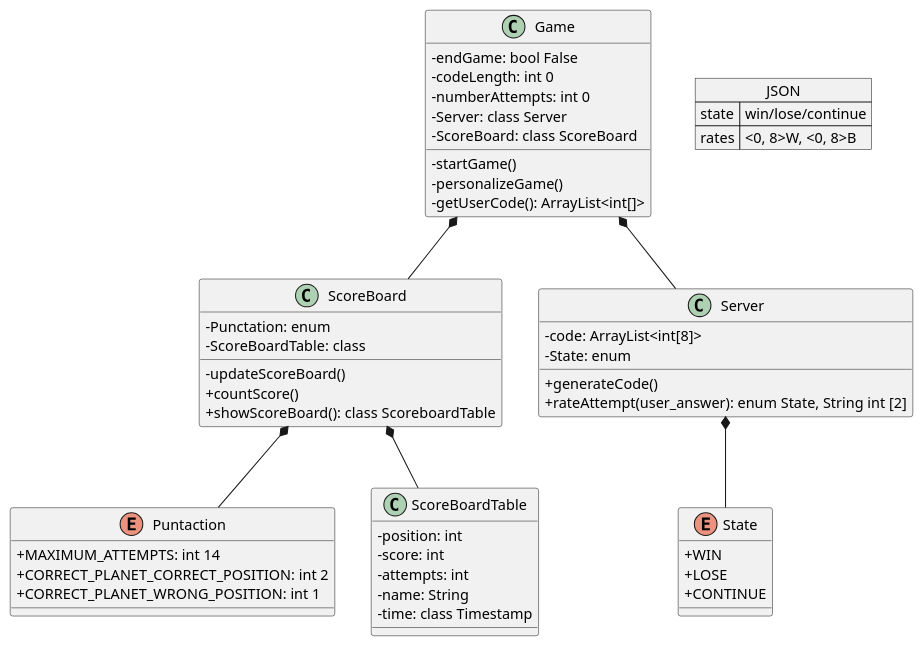
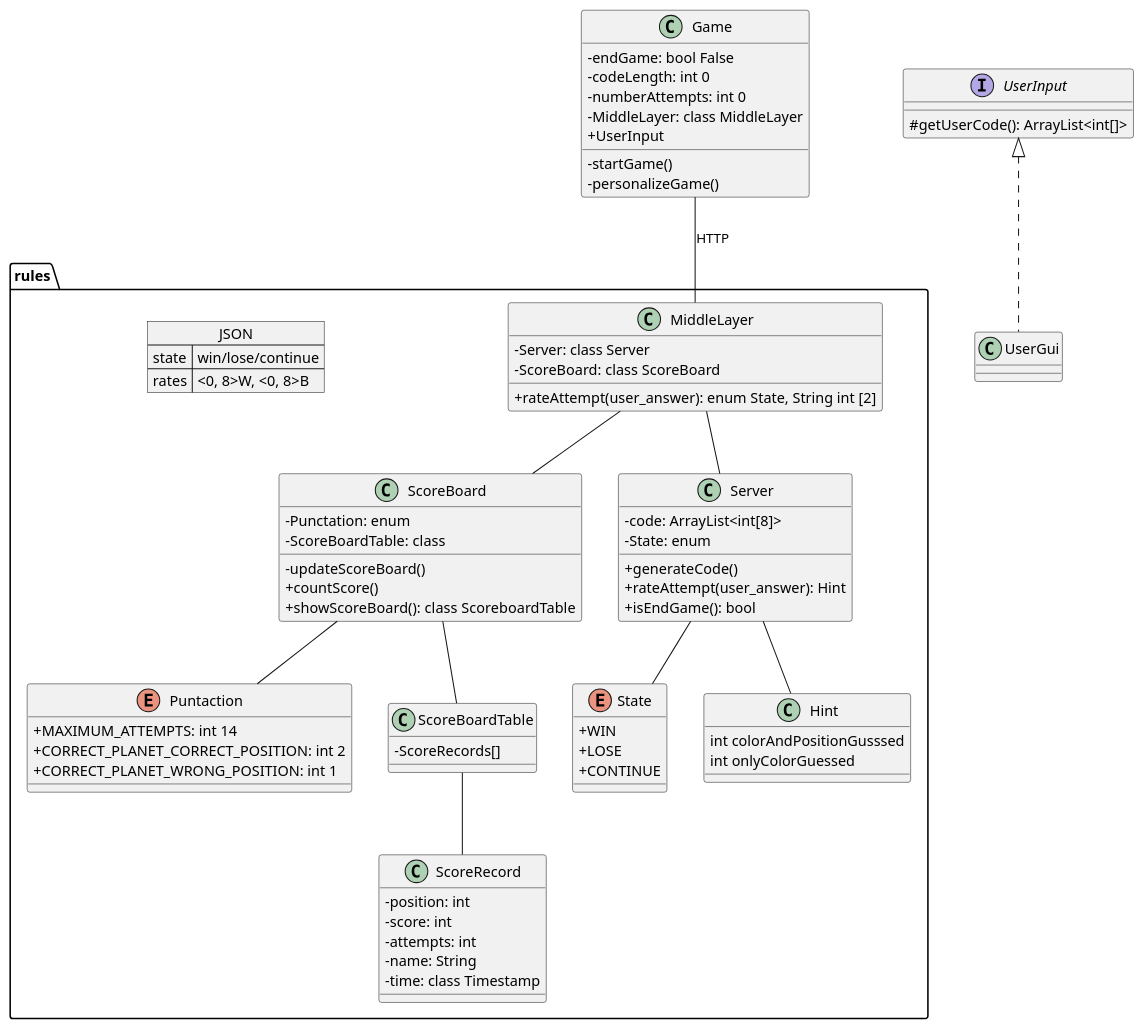
Before and after one commit to Joanna-Szczesna/Mastermind: the diagram in class_diagram.puml, drawn with PlantUML.

Commit message:
update class_diagram PUML file

```diff
--- a/class_diagram.puml
+++ b/class_diagram.puml
@@ -1,61 +1,88 @@
 @startuml
 skinparam classAttributeIconSize 0
-Game *-- ScoreBoard
-Game *-- Server
-ScoreBoard *-- Puntaction
-ScoreBoard *-- ScoreBoardTable
-Server *-- State
+Game -- rules.MiddleLayer: HTTP
+
+package rules {
+ScoreBoard -- Puntaction
+ScoreBoard -- ScoreBoardTable
+Server -- State
+MiddleLayer -- Server
+MiddleLayer -- ScoreBoard
+ScoreBoardTable -- ScoreRecord
+Server -- Hint
+
 
 class ScoreBoard {
   -Punctation: enum
   -ScoreBoardTable: class
   -updateScoreBoard()
   +countScore()
   +showScoreBoard(): class ScoreboardTable
 }
 
 enum Puntaction {
  +MAXIMUM_ATTEMPTS: int 14
  +CORRECT_PLANET_CORRECT_POSITION: int 2
  +CORRECT_PLANET_WRONG_POSITION: int 1
 }
 
 class ScoreBoardTable {
+  -ScoreRecords[]
+}
+
+class ScoreRecord {
   -position: int
   -score: int
   -attempts: int
   -name: String
   -time: class Timestamp
 }
 
 class Server {
   -code: ArrayList<int[8]> 
   -State: enum
   +generateCode()  
-  +rateAttempt(user_answer): enum State, String int [2] 
+  +rateAttempt(user_answer): Hint 
+  +isEndGame(): bool
+}
+
+class Hint {
+  int colorAndPositionGusssed
+  int onlyColorGuessed
 }
 
 json JSON {
    "state":"win/lose/continue",
    "rates":"<0, 8>W, <0, 8>B"
 }
 
 enum State {
  +WIN
  +LOSE
  +CONTINUE
 }
 
+class MiddleLayer {
+  -Server: class Server
+  -ScoreBoard: class ScoreBoard
+  +rateAttempt(user_answer): enum State, String int [2] 
+}
+
+}
 class Game {
   -endGame: bool False
   -codeLength: int 0
   -numberAttempts: int 0
-  -Server: class Server
-  -ScoreBoard: class ScoreBoard
+  -MiddleLayer: class MiddleLayer
+  +UserInput
   -startGame()
-  -personalizeGame()
-  -getUserCode(): ArrayList<int[]>
-
+  -personalizeGame()  
 }
 
+interface UserInput {
+  #getUserCode(): ArrayList<int[]> 
+}
+
+class UserGui implements UserInput {
+}
 @enduml
```
